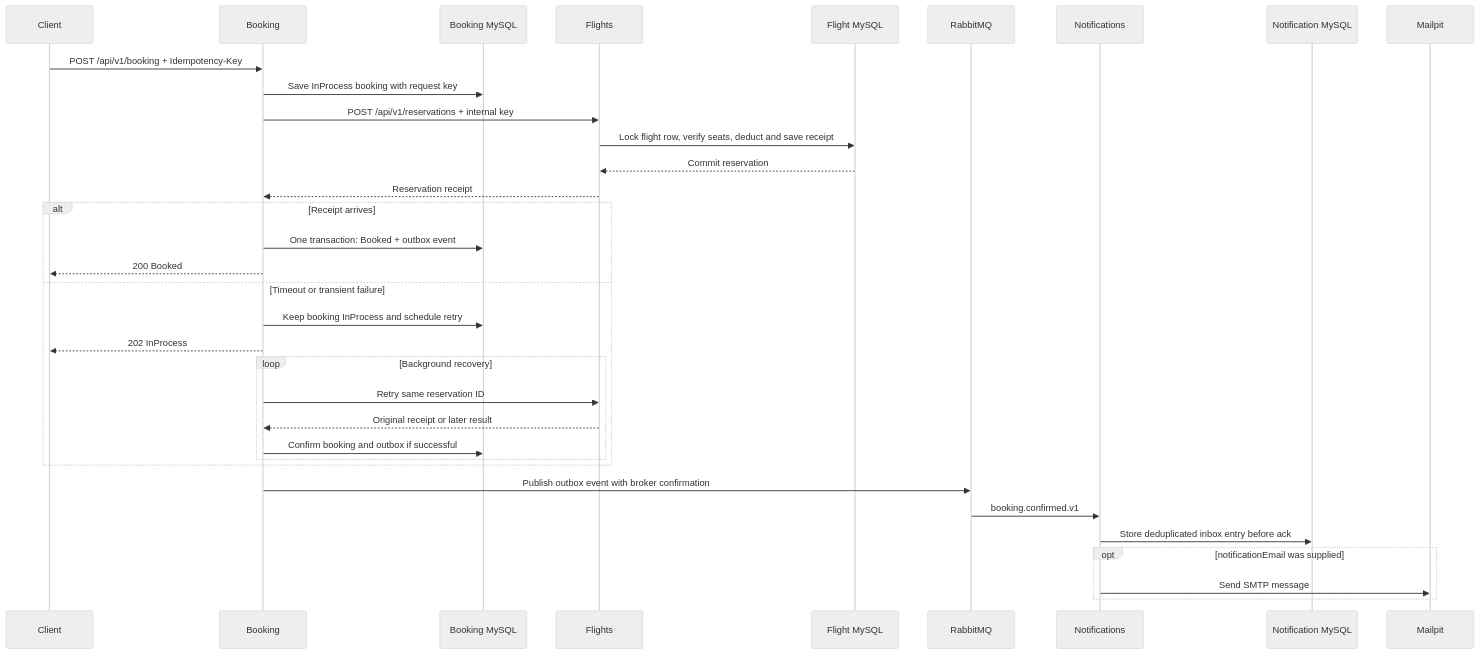
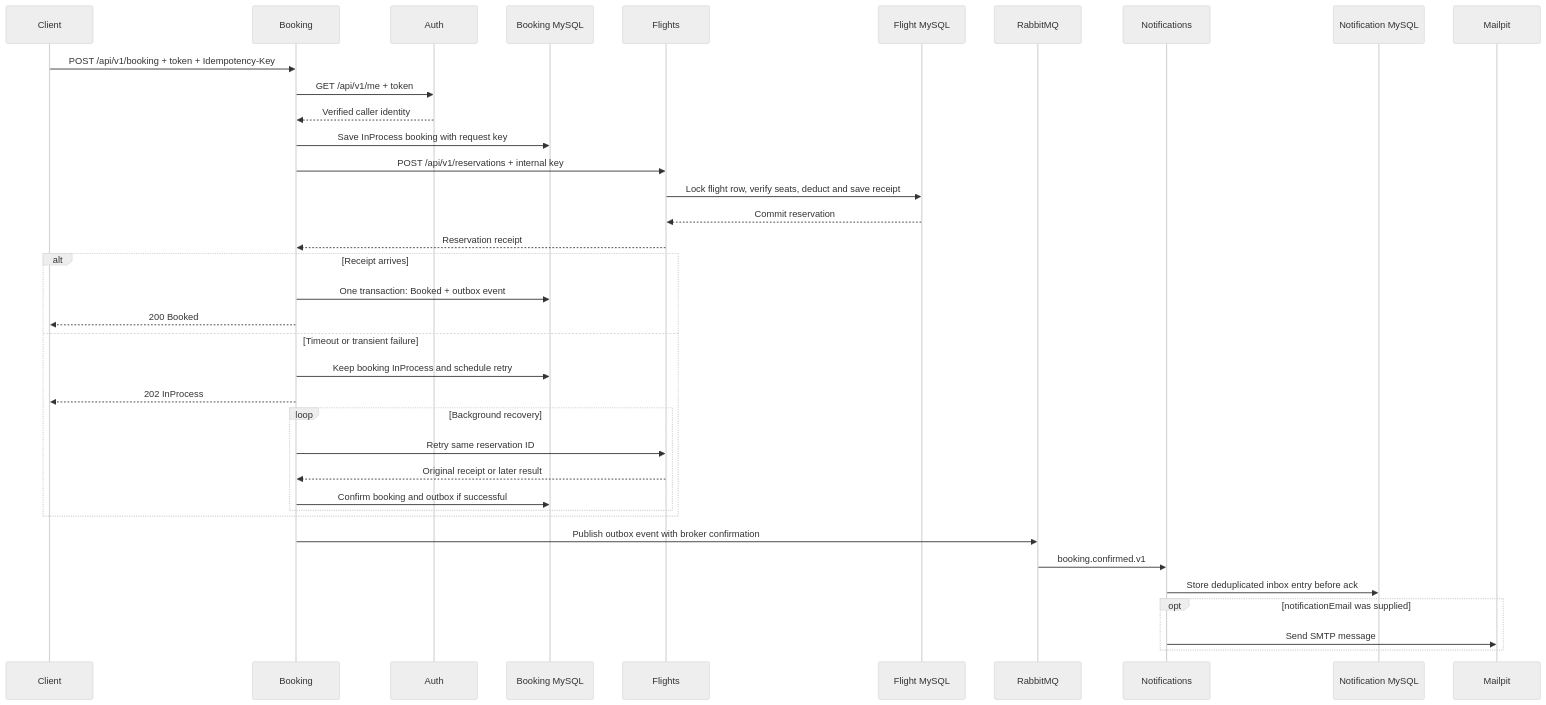
Before and after one commit to inductionotg/FlightBooking-10x: the third of 3 diagrams in docs/architecture.md, drawn with Mermaid (neutral theme). The commit also changed other lines of this file and 33 other files, not shown here.

````diff
--- a/docs/architecture.md
+++ b/docs/architecture.md
@@ -109,37 +111,40 @@
 ```mermaid
 sequenceDiagram
   participant C as Client
   participant B as Booking
+  participant A as Auth
   participant BD as Booking MySQL
   participant F as Flights
   participant FD as Flight MySQL
   participant Q as RabbitMQ
   participant N as Notifications
   participant ND as Notification MySQL
   participant M as Mailpit
 
-  C->>B: POST /api/v1/booking + Idempotency-Key
+  C->>B: POST /api/v1/booking + token + Idempotency-Key
+  B->>A: GET /api/v1/me + token
+  A-->>B: Verified caller identity
   B->>BD: Save InProcess booking with request key
   B->>F: POST /api/v1/reservations + internal key
   F->>FD: Lock flight row, verify seats, deduct and save receipt
   FD-->>F: Commit reservation
   F-->>B: Reservation receipt
   alt Receipt arrives
     B->>BD: One transaction: Booked + outbox event
     B-->>C: 200 Booked
   else Timeout or transient failure
     B->>BD: Keep booking InProcess and schedule retry
     B-->>C: 202 InProcess
     loop Background recovery
       B->>F: Retry same reservation ID
       F-->>B: Original receipt or later result
       B->>BD: Confirm booking and outbox if successful
     end
   end
   B->>Q: Publish outbox event with broker confirmation
   Q->>N: booking.confirmed.v1
   N->>ND: Store deduplicated inbox entry before ack
   opt notificationEmail was supplied
     N->>M: Send SMTP message
   end
 ```
````
